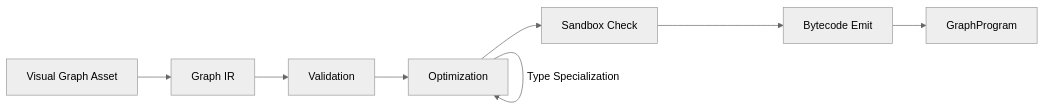
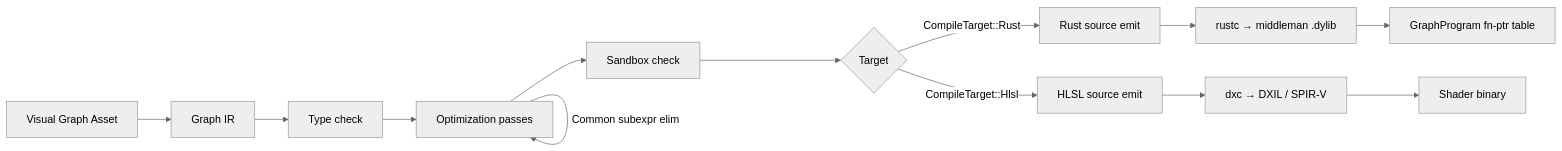
One commit to harmonius-dev/harmonius changed the second of 8 diagrams in docs/design/game-framework/scripting.md. Above: the diagram before and after it, drawn with Mermaid (neutral theme). The commit also changed other lines of this file and 174 other files, not shown here.

````diff
--- a/docs/design/game-framework/scripting.md
+++ b/docs/design/game-framework/scripting.md
@@ -169,14 +179,19 @@
 ```mermaid
 flowchart LR
     A[Visual Graph Asset] --> B[Graph IR]
-    B --> C[Validation]
-    C --> D[Optimization]
-    D --> E[Sandbox Check]
-    E --> F[Bytecode Emit]
-    F --> G[GraphProgram]
+    B --> C[Type check]
+    C --> D[Optimization passes]
+    D --> E[Sandbox check]
+    E --> F{Target}
+    F -->|CompileTarget::Rust| G[Rust source emit]
+    F -->|CompileTarget::Hlsl| H[HLSL source emit]
+    G --> I[rustc → middleman .dylib]
+    H --> J[dxc → DXIL / SPIR-V]
+    I --> K[GraphProgram fn-ptr table]
+    J --> L[Shader binary]
 
-    D -->|Dead Node Elimination| D
-    D -->|Constant Folding| D
-    D -->|Subgraph Inlining| D
-    D -->|Type Specialization| D
+    D -->|Dead node elimination| D
+    D -->|Constant folding| D
+    D -->|Subgraph inlining| D
+    D -->|Common subexpr elim| D
 ```
````
